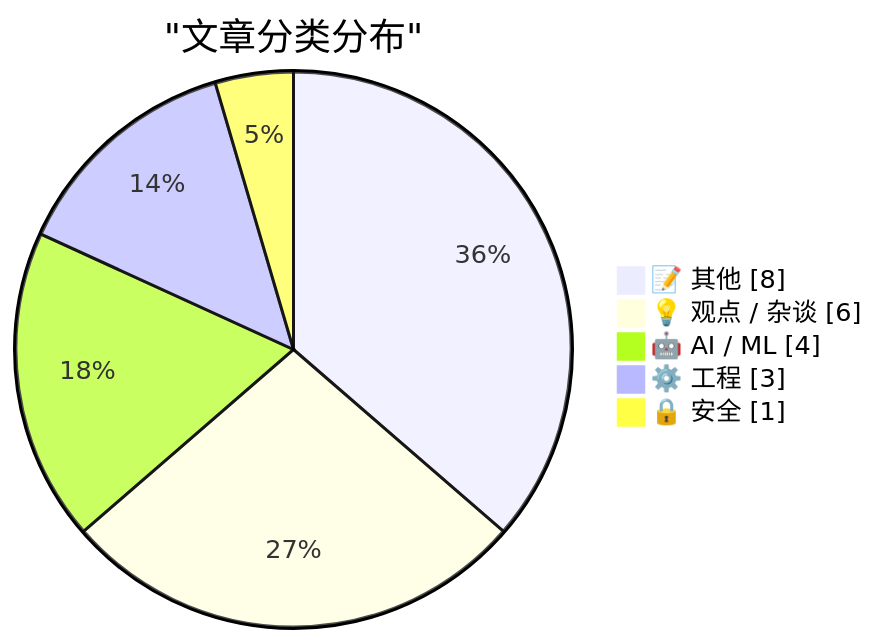
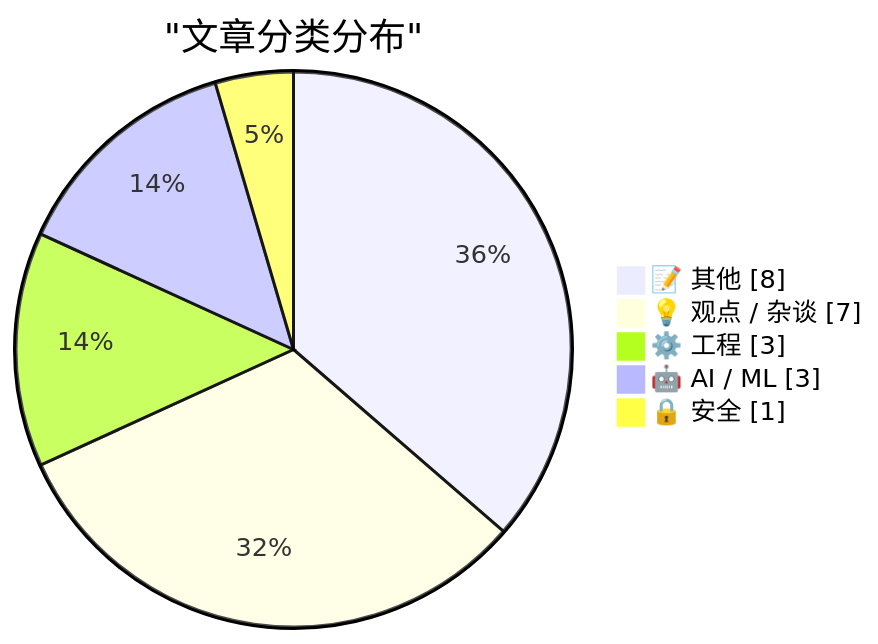
The first of 2 diagrams in src/content/digest/2026-02-26.md (hustlyt/ai-daily-digest), drawn with Mermaid before and after one commit. The commit also changed other lines of this file, not shown here.

````diff
--- a/src/content/digest/2026-02-26.md
+++ b/src/content/digest/2026-02-26.md
@@ -60,9 +60,9 @@
 ```mermaid
 pie showData
     title "文章分类分布"
     "📝 其他" : 8
-    "💡 观点 / 杂谈" : 6
-    "🤖 AI / ML" : 4
+    "💡 观点 / 杂谈" : 7
     "⚙️ 工程" : 3
+    "🤖 AI / ML" : 3
     "🔒 安全" : 1
 ```
````
